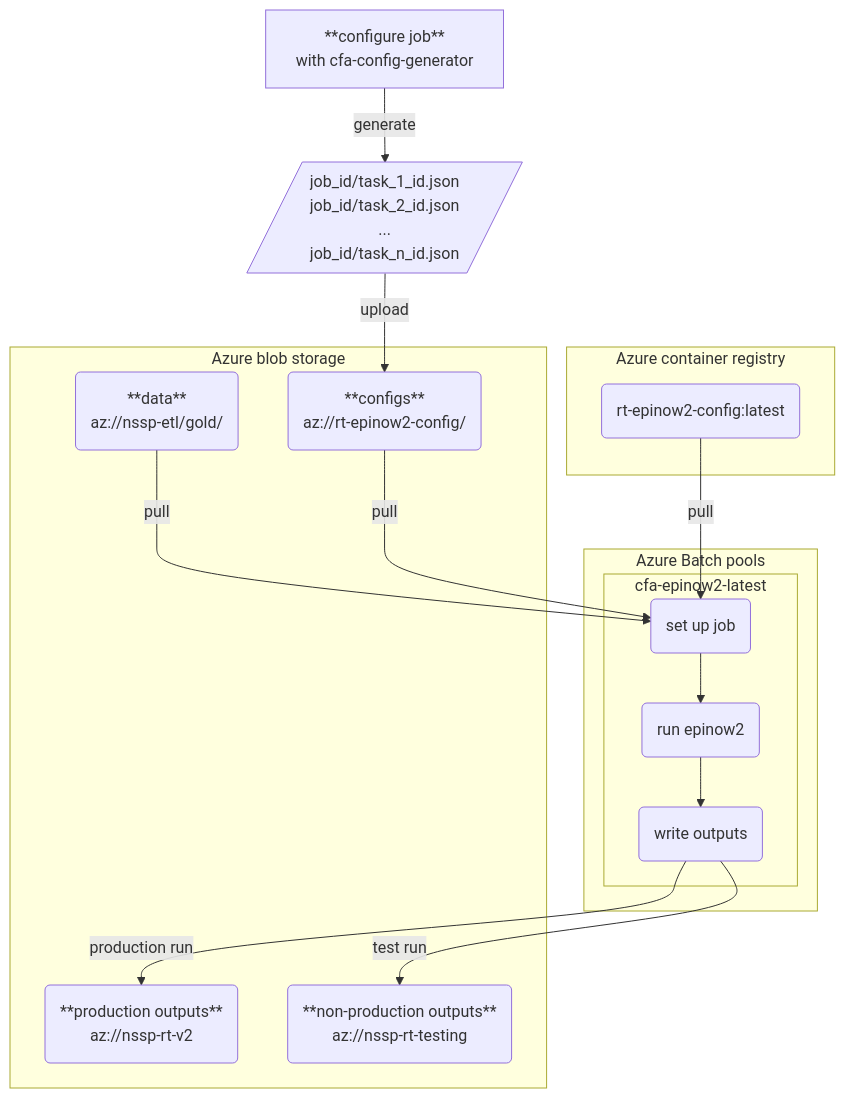
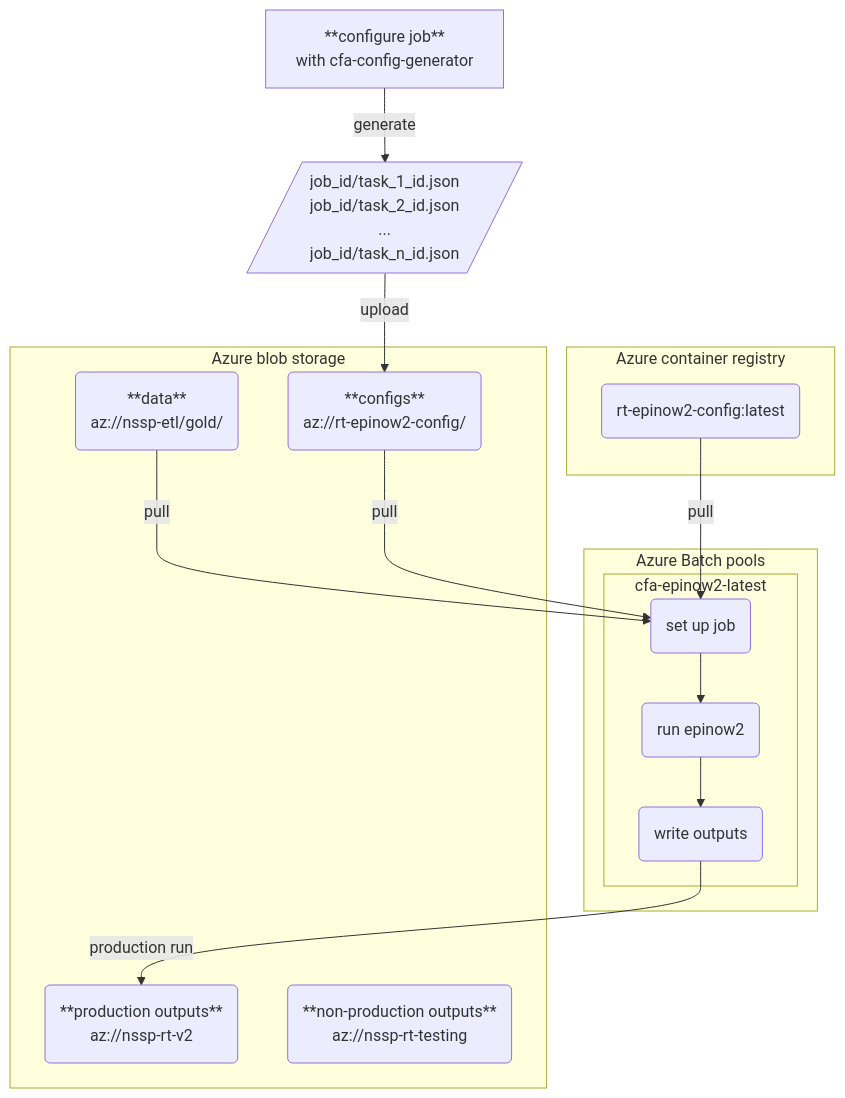
Before and after one commit to CDCgov/cfa-epinow2-pipeline: the diagram in SOP.md, drawn with Mermaid. The commit also changed other lines of this file, not shown here.

Commit message:
Minor change to mermaid chart

````diff
--- a/SOP.md
+++ b/SOP.md
@@ -8,53 +9,52 @@
 ```mermaid
 flowchart TD
 
    subgraph Azure Batch pools
       subgraph cfa-epinow2-latest
            myjob("set up job") -->
            run("run epinow2") -->
            write("write outputs")
       end
    end
 
 
    subgraph Azure blob storage
      azc("
        **configs**
        az://rt-epinow2-config/
        ")
      outprod("
        **production outputs**
        az://nssp-rt-v2
        ")
      outtest("
        **non-production outputs**
        az://nssp-rt-testing
        ")
      data("
        **data**
        az://nssp-etl/gold/
        ")
    end
 
    subgraph Azure container registry
      acr_latest("rt-epinow2-config:latest")
    end
 
   init[
     **configure job**
     with cfa-config-generator
    ] -- generate -->
 
 	 configs[/
 		job_id/task_1_id.json
 		job_id/task_2_id.json
 		...
 		job_id/task_n_id.json
 	 /] -- upload --> azc
 
    data -- pull --> myjob
    acr_latest -- pull --> myjob
    azc -- pull --> myjob
    write -- production run --> outprod
-   write -- test run --> outtest
 ```
````
